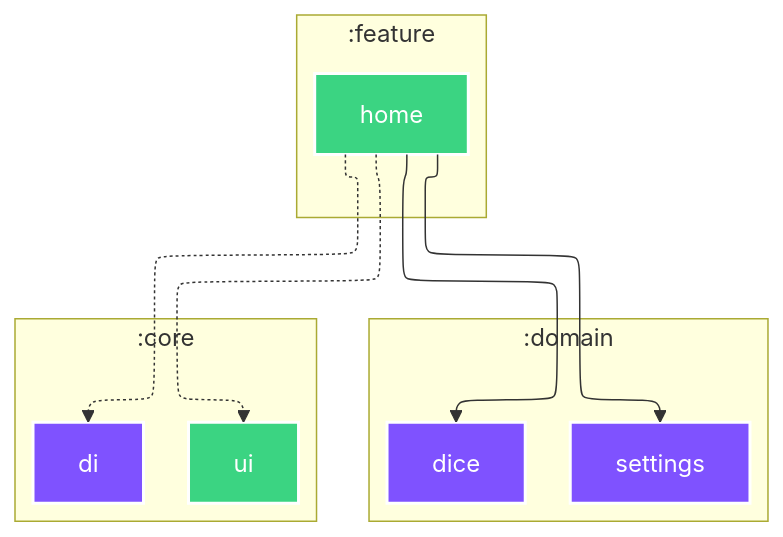
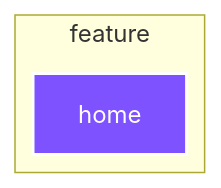
Before and after one commit to SimonMarquis/Android-Playground: the diagram in feature/home/README.md, drawn with Mermaid. The commit also changed other lines of this file and 68 other files, not shown here.

````diff
--- a/feature/home/README.md
+++ b/feature/home/README.md
@@ -6,33 +6,18 @@
 ```mermaid
 ---
 config:
   layout: elk
   elk:
     nodePlacementStrategy: SIMPLE
 ---
 graph TB
-  subgraph :domain
+  subgraph :feature [feature]
     direction TB
-    :domain:dice[dice]:::jvm
-    :domain:settings[settings]:::jvm
+    :feature:home[home]:::jvm
   end
-  subgraph :core
-    direction TB
-    :core:di[di]:::jvm
-    :core:ui[ui]:::android-library
-  end
-  subgraph :feature
-    direction TB
-    :feature:home[home]:::android-library
-  end
-
-  :feature:home -.-> :core:di
-  :feature:home -.-> :core:ui
-  :feature:home ---> :domain:dice
-  :feature:home ---> :domain:settings
 
 classDef android-application fill:#2C4162,stroke:#fff,stroke-width:2px,color:#fff;
 classDef android-library fill:#3BD482,stroke:#fff,stroke-width:2px,color:#fff;
 classDef android-test fill:#3BD482,stroke:#fff,stroke-width:2px,color:#fff;
 classDef jvm fill:#7F52FF,stroke:#fff,stroke-width:2px,color:#fff;
 ```
````
